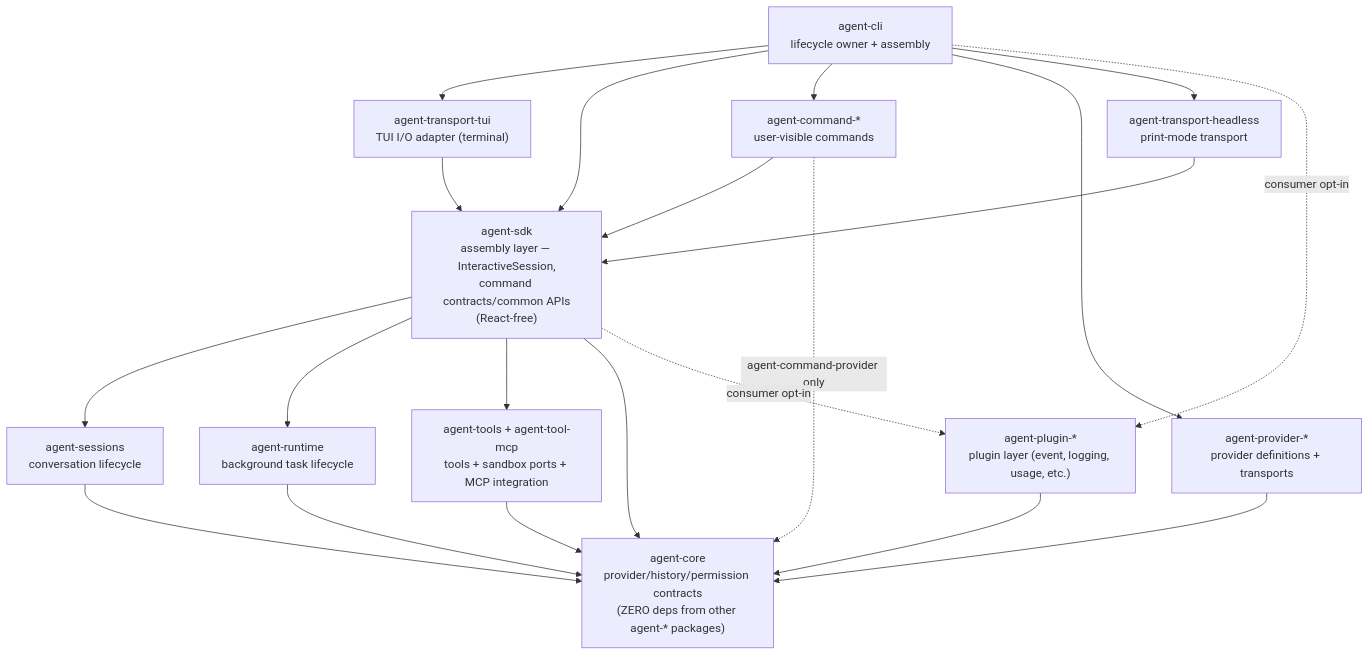
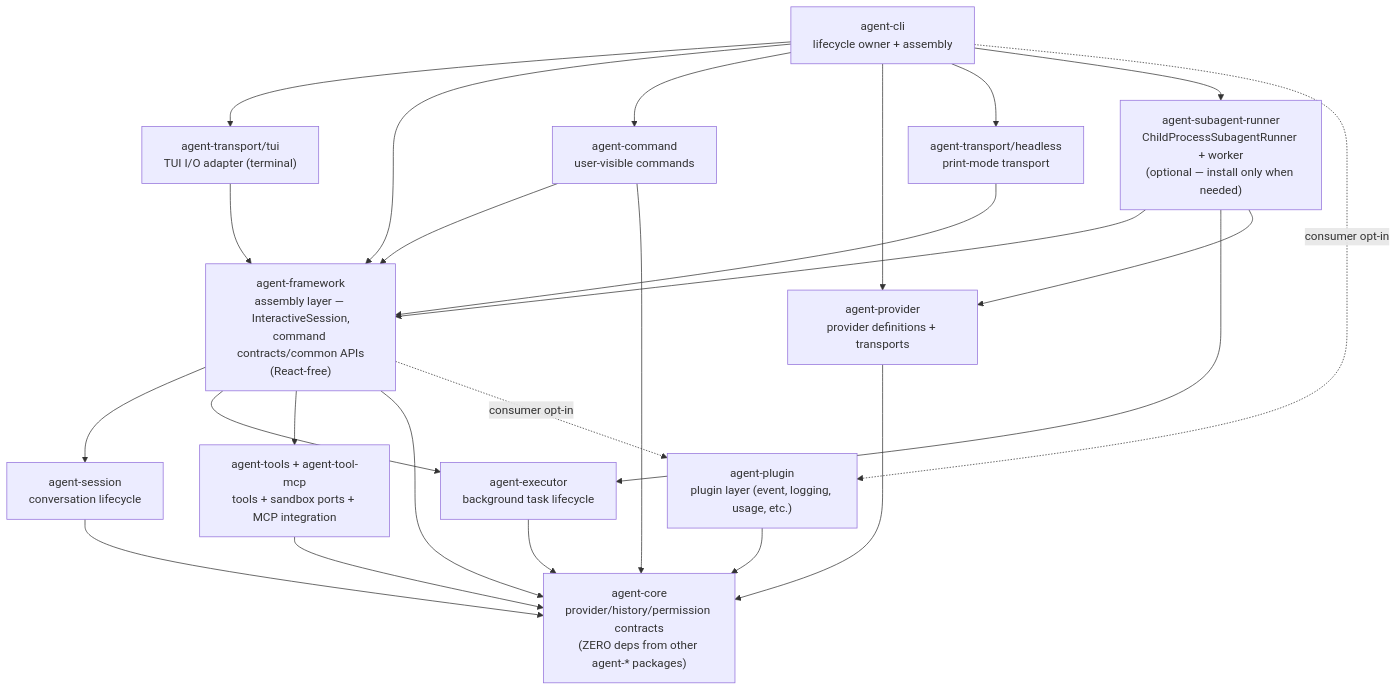
The first of 2 diagrams in .agents/specs/architecture-map/agent-system.md (woojubb/robota), drawn with Mermaid before and after one commit. The commit also changed other lines of this file and 690 other files, not shown here.

First line of the commit message:
refactor(cli-001+cli-002): layer separation + monorepo-wide readability lint rules (#479)

````diff
--- a/.agents/specs/architecture-map/agent-system.md
+++ b/.agents/specs/architecture-map/agent-system.md
@@ -9,35 +9,40 @@
 ```mermaid
 flowchart TD
   AgentCLI["agent-cli\nlifecycle owner + assembly"]
-  TuiTransport["agent-transport-tui\nTUI I/O adapter (terminal)"]
-  Headless["agent-transport-headless\nprint-mode transport"]
-  Commands["agent-command-*\nuser-visible commands"]
-  SDK["agent-sdk\nassembly layer — InteractiveSession,\ncommand contracts/common APIs\n(React-free)"]
-  Sessions["agent-sessions\nconversation lifecycle"]
-  Runtime["agent-runtime\nbackground task lifecycle"]
+  TuiTransport["agent-transport/tui\nTUI I/O adapter (terminal)"]
+  Headless["agent-transport/headless\nprint-mode transport"]
+  Commands["agent-command\nuser-visible commands"]
+  Framework["agent-framework\nassembly layer — InteractiveSession,\ncommand contracts/common APIs\n(React-free)"]
+  Sessions["agent-session\nconversation lifecycle"]
+  Executor["agent-executor\nbackground task lifecycle"]
   Tools["agent-tools + agent-tool-mcp\ntools + sandbox ports + MCP integration"]
   Core["agent-core\nprovider/history/permission contracts\n(ZERO deps from other agent-* packages)"]
-  Providers["agent-provider-*\nprovider definitions + transports"]
-  Plugins["agent-plugin-*\nplugin layer (event, logging, usage, etc.)"]
+  Providers["agent-provider\nprovider definitions + transports"]
+  SubagentRunner["agent-subagent-runner\nChildProcessSubagentRunner + worker\n(optional — install only when needed)"]
+  Plugins["agent-plugin\nplugin layer (event, logging, usage, etc.)"]
 
   AgentCLI --> TuiTransport
-  AgentCLI --> SDK
+  AgentCLI --> Framework
   AgentCLI --> Commands
   AgentCLI --> Providers
   AgentCLI --> Headless
-  TuiTransport --> SDK
+  AgentCLI --> SubagentRunner
+  TuiTransport --> Framework
   AgentCLI -. "consumer opt-in" .-> Plugins
-  Headless --> SDK
-  Commands --> SDK
-  Commands -. "agent-command-provider only" .-> Core
-  SDK --> Sessions
-  SDK --> Runtime
-  SDK --> Tools
-  SDK --> Core
-  SDK -. "consumer opt-in" .-> Plugins
+  Headless --> Framework
+  Commands --> Framework
+  Commands --> Core
+  SubagentRunner --> Framework
+  SubagentRunner --> Executor
+  SubagentRunner --> Providers
+  Framework --> Sessions
+  Framework --> Executor
+  Framework --> Tools
+  Framework --> Core
+  Framework -. "consumer opt-in" .-> Plugins
   Providers --> Core
   Sessions --> Core
-  Runtime --> Core
+  Executor --> Core
   Tools --> Core
   Plugins --> Core
 ```
````
